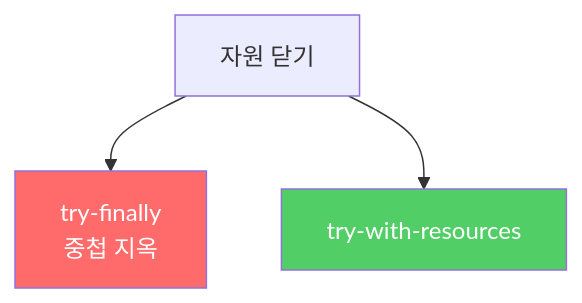
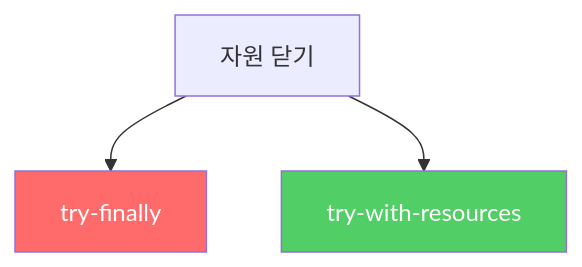
One commit to yjkim2015/yjkim2015.github.io changed the third of 3 diagrams in _posts/java/2021-12-20-effective-java9.md. Above: the diagram before and after it, drawn with Mermaid. The commit also changed 217 other files, not shown here.

First line of the commit message:
Mermaid 크기 수정: useMaxWidth:true + SVG max-width:100% + 라벨 축소

````diff
--- a/_posts/java/2021-12-20-effective-java9.md
+++ b/_posts/java/2021-12-20-effective-java9.md
@@ -211,7 +211,7 @@
 ```mermaid
 graph TD
-    A["자원 닫기"] --> B["try-finally\n중첩 지옥"]
+    A["자원 닫기"] --> B["try-finally"]
     A --> C["try-with-resources"]
     style B fill:#ff6b6b,color:#fff
     style C fill:#51cf66,color:#fff
 ```
````
